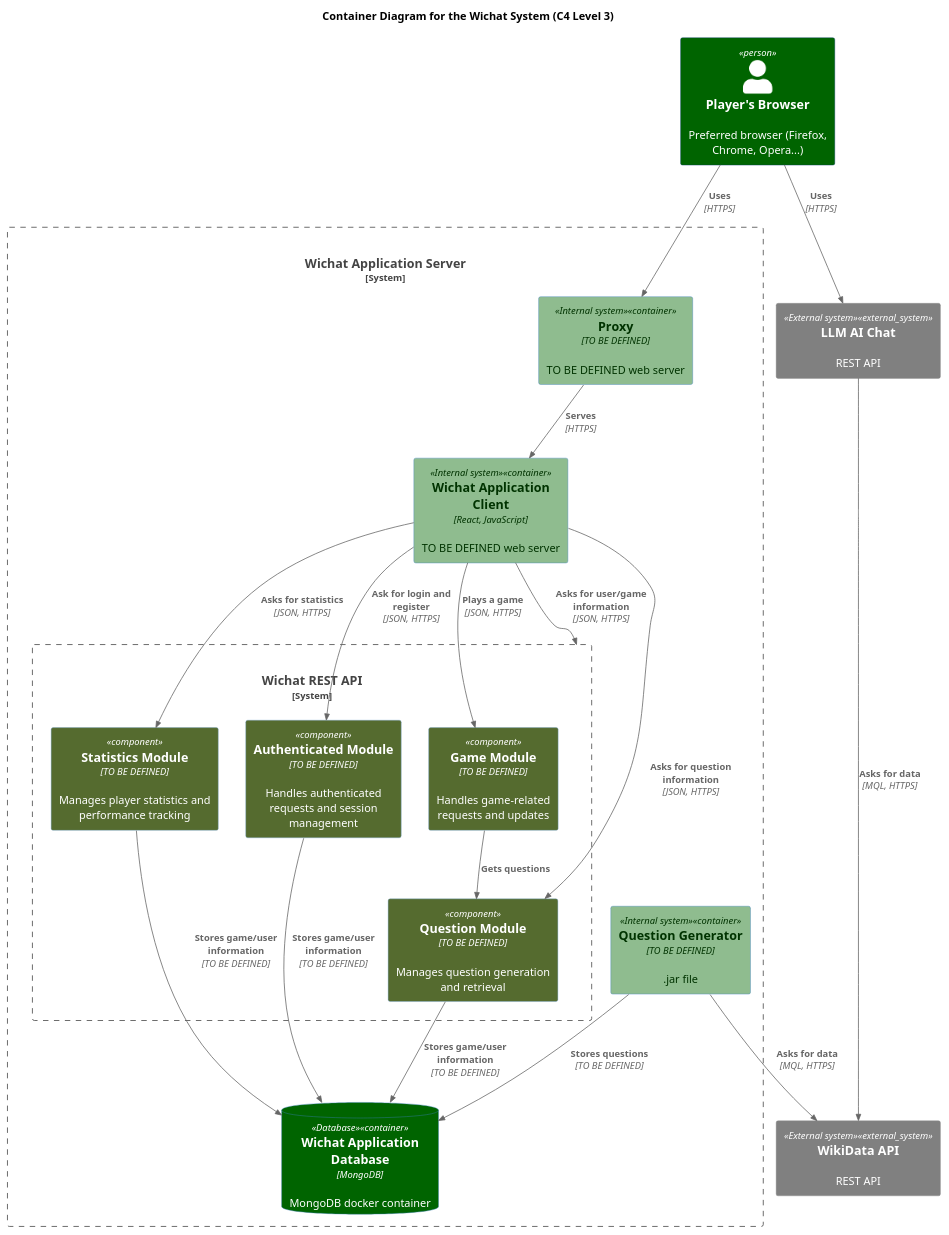
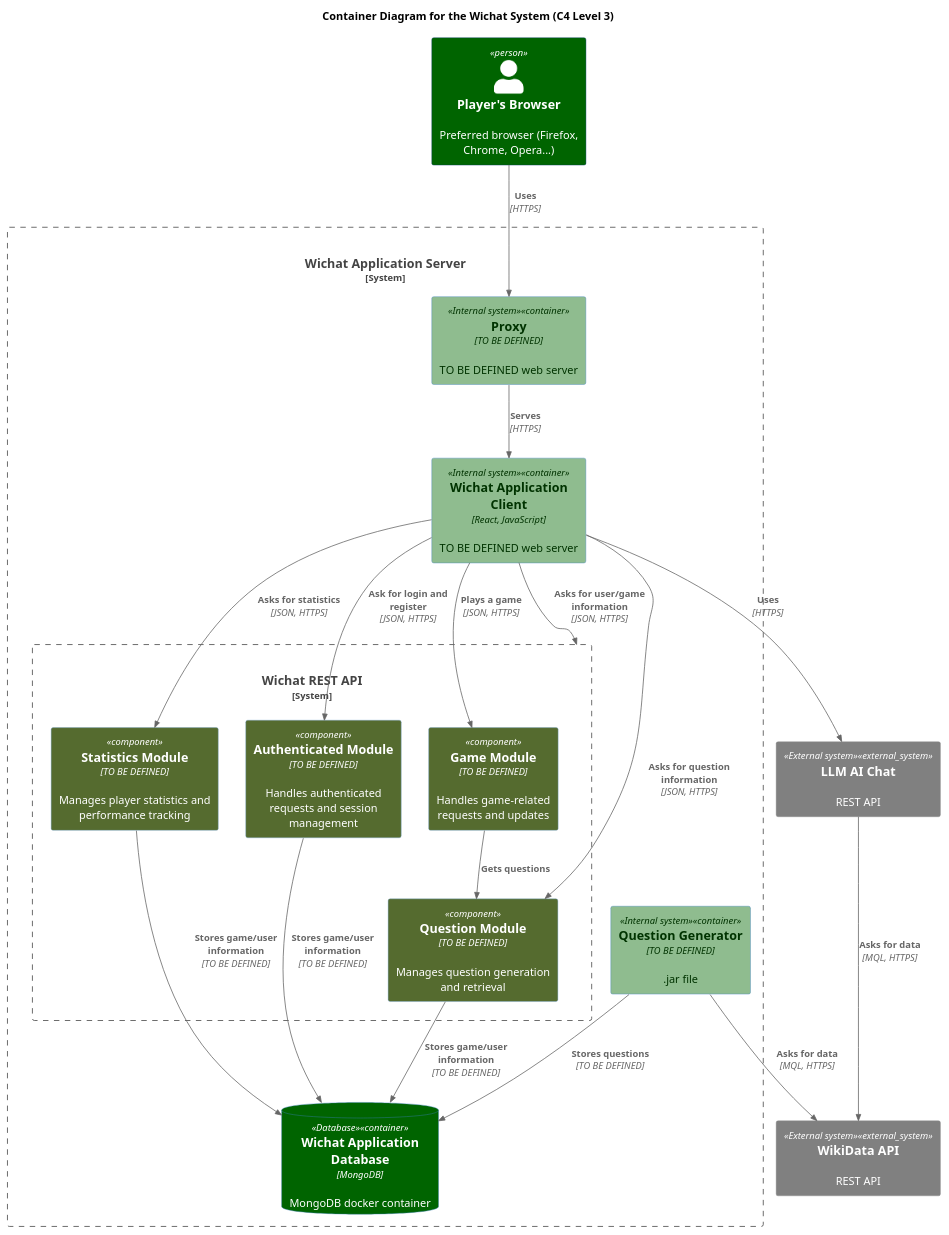
One commit to Arquisoft/wichat_en1a changed the diagram in docs/src/diagrams/C4_component_diagram.puml. Above: the diagram before and after it, drawn with PlantUML. The commit also changed 4 other files, not shown here.

Commit message:
docs: Diagram fixes of the documentation sections 3, 5 and 6.

```diff
--- a/docs/src/diagrams/C4_component_diagram.puml
+++ b/docs/src/diagrams/C4_component_diagram.puml
@@ -1,56 +1,56 @@
 @startuml
 !includeurl https://raw.githubusercontent.com/RicardoNiepel/C4-PlantUML/master/C4_Container.puml
 !include <c4/C4_Container.puml>
 !include <c4/C4_Component.puml>
 
 title Container Diagram for the Wichat System (C4 Level 3)
 
 AddElementTag("Person", $bgColor="#darkgreen", $fontColor="#white")
 AddElementTag("Internal system", $bgColor="#darkseagreen", $fontColor="#003300")
 AddElementTag("External system", $bgColor="#gray", $fontColor="#white")
 AddElementTag("Database", $bgColor="#darkgreen", $fontColor="#white")
 AddElementTag("Component", $bgColor="#darkolivegreen", $fontColor="#white")
 
 ' Containers
 Person(player, Player's Browser, "Preferred browser (Firefox, Chrome, Opera...)")
 
 System_Boundary(wichat, "Wichat Application Server") {
     Container(proxy, "Proxy", "TO BE DEFINED", "TO BE DEFINED web server", $tags="Internal system")
     Container(web_app, "Wichat Application Client", "React, JavaScript", "TO BE DEFINED web server", $tags="Internal system")
 
     System_Boundary(backend_api, "Wichat REST API") {
         Component(auth_module, "Authenticated Module", "TO BE DEFINED", "Handles authenticated requests and session management", $tags="<<componente>>")
         Component(game_module, "Game Module", "TO BE DEFINED", "Handles game-related requests and updates", $tags="<<componente>>")
         Component(statistics_module, "Statistics Module", "TO BE DEFINED", "Manages player statistics and performance tracking", $tags="<<componente>>")
         Component(question_module, "Question Module", "TO BE DEFINED", "Manages question generation and retrieval", $tags="<<componente>>")
     }
 
     Container(question_generator, "Question Generator", "TO BE DEFINED", ".jar file", $tags="Internal system")
     ContainerDb(database, "Wichat Application Database", "MongoDB", "MongoDB docker container", $tags="Database")
 }
 
 System_Ext(wikidata, "WikiData API", "REST API", $tags="External system")
 System_Ext(llm, "LLM AI Chat", "REST API", $tags="External system")
 
 ' Relations
 Rel(player, proxy, "Uses", "HTTPS")
 Rel(proxy, web_app, "Serves", "HTTPS")
 Rel(web_app, backend_api, "Asks for user/game information", "JSON, HTTPS")
 Rel(question_generator, wikidata, "Asks for data", "MQL, HTTPS")
 Rel(llm, wikidata, "Asks for data", "MQL, HTTPS")
-Rel(player, llm, "Uses", "HTTPS")
+Rel(web_app, llm, "Uses", "HTTPS")
 
 Rel(question_generator, database, "Stores questions", "TO BE DEFINED")
 
 ' Relations for modules
 Rel(web_app, auth_module, "Ask for login and register", "JSON, HTTPS")
 Rel(web_app, game_module, "Plays a game", "JSON, HTTPS")
 Rel(web_app, statistics_module, "Asks for statistics", "JSON, HTTPS")
 Rel(web_app, question_module, "Asks for question information", "JSON, HTTPS")
 
 
 Rel(game_module,question_module,"Gets questions")
 Rel(question_module,database,"Stores game/user information","TO BE DEFINED")
 Rel(statistics_module,database,"Stores game/user information","TO BE DEFINED")
 Rel(auth_module,database,"Stores game/user information","TO BE DEFINED")
 @enduml
```
